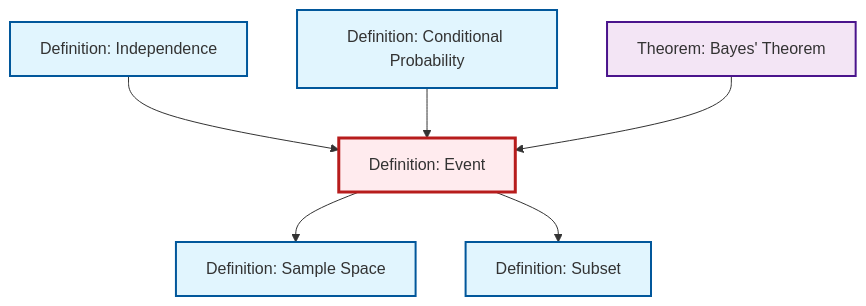
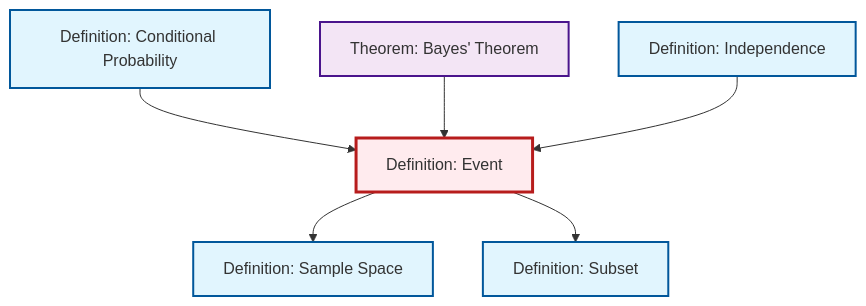
One commit to RK0429/ModernMath changed the diagram in content/ja/probability-statistics/def-event.qmd. Above: the diagram before and after it, drawn with Mermaid. The commit also changed other lines of this file and 619 other files, not shown here.

````diff
--- a/content/ja/probability-statistics/def-event.qmd
+++ b/content/ja/probability-statistics/def-event.qmd
@@ -70,26 +70,26 @@
 ```{mermaid}
 %%| fig-cap: "Local dependency graph"
 graph TD
     classDef definition fill:#e1f5fe,stroke:#01579b,stroke-width:2px
     classDef theorem fill:#f3e5f5,stroke:#4a148c,stroke-width:2px
     classDef axiom fill:#fff3e0,stroke:#e65100,stroke-width:2px
     classDef example fill:#e8f5e9,stroke:#1b5e20,stroke-width:2px
     classDef current fill:#ffebee,stroke:#b71c1c,stroke-width:3px
+    thm-bayes["Theorem: Bayes' Theorem"]:::theorem
+    def-event["Definition: Event"]:::definition
     def-subset["Definition: Subset"]:::definition
+    def-independence["Definition: Independence"]:::definition
     def-sample-space["Definition: Sample Space"]:::definition
-    thm-bayes["Theorem: Bayes' Theorem"]:::theorem
     def-conditional-probability["Definition: Conditional Probability"]:::definition
-    def-independence["Definition: Independence"]:::definition
-    def-event["Definition: Event"]:::definition
+    def-conditional-probability --> def-event
+    thm-bayes --> def-event
     def-independence --> def-event
     def-event --> def-sample-space
-    def-conditional-probability --> def-event
-    thm-bayes --> def-event
     def-event --> def-subset
     class def-event current
+    click thm-bayes "thm-bayes.html" "Theorem: Bayes' Theoremへ"
     click def-subset "def-subset.html" "Definition: Subsetへ"
+    click def-independence "def-independence.html" "Definition: Independenceへ"
     click def-sample-space "def-sample-space.html" "Definition: Sample Spaceへ"
-    click thm-bayes "thm-bayes.html" "Theorem: Bayes' Theoremへ"
     click def-conditional-probability "def-conditional-probability.html" "Definition: Conditional Probabilityへ"
-    click def-independence "def-independence.html" "Definition: Independenceへ"
 ```
````
